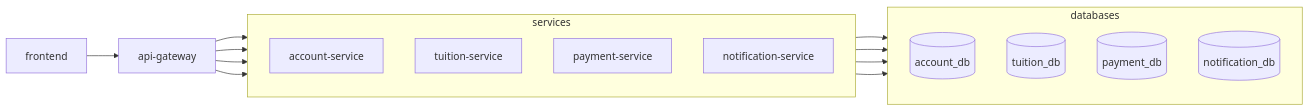
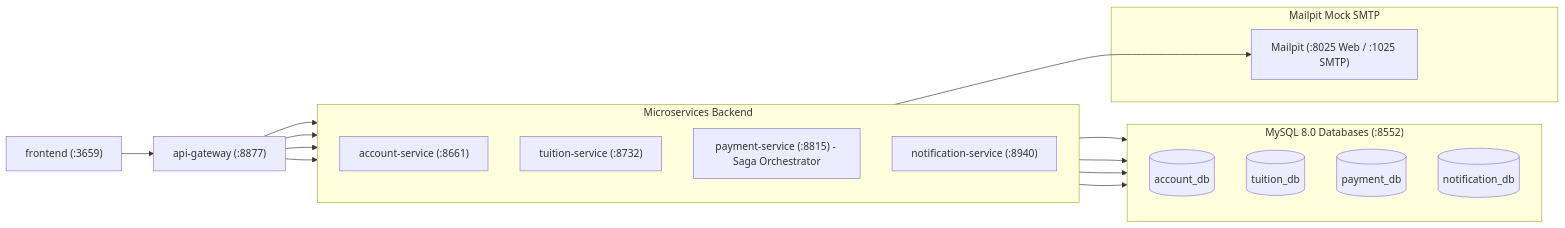
One commit to thanhngo92/soa changed the diagram in README.md. Above: the diagram before and after it, drawn with Mermaid. The commit also changed other lines of this file and 7 other files, not shown here.

````diff
--- a/README.md
+++ b/README.md
@@ -9,30 +19,35 @@
 ```mermaid
 flowchart LR
-    frontend["frontend"] --> api-gateway["api-gateway"]
+    frontend["frontend (:3659)"] --> api-gateway["api-gateway (:8877)"]
 
-    subgraph services ["services"]
+    subgraph services ["Microservices Backend"]
         direction TB
-        account-service["account-service"]
-        tuition-service["tuition-service"]
-        payment-service["payment-service"]
-        notification-service["notification-service"]
+        account-service["account-service (:8661)"]
+        tuition-service["tuition-service (:8732)"]
+        payment-service["payment-service (:8815) - Saga Orchestrator"]
+        notification-service["notification-service (:8940)"]
     end
 
-    subgraph databases ["databases"]
+    subgraph databases ["MySQL 8.0 Databases (:8552)"]
         direction TB
         account_db[("account_db")]
         tuition_db[("tuition_db")]
         payment_db[("payment_db")]
         notification_db[("notification_db")]
+    end
+
+    subgraph mailpit ["Mailpit Mock SMTP"]
+        mailpit_srv["Mailpit (:8025 Web / :1025 SMTP)"]
     end
 
     api-gateway --> account-service
     api-gateway --> tuition-service
     api-gateway --> payment-service
     api-gateway --> notification-service
 
     account-service --> account_db
     tuition-service --> tuition_db
     payment-service --> payment_db
     notification-service --> notification_db
+    notification-service --> mailpit_srv
 ```
````
